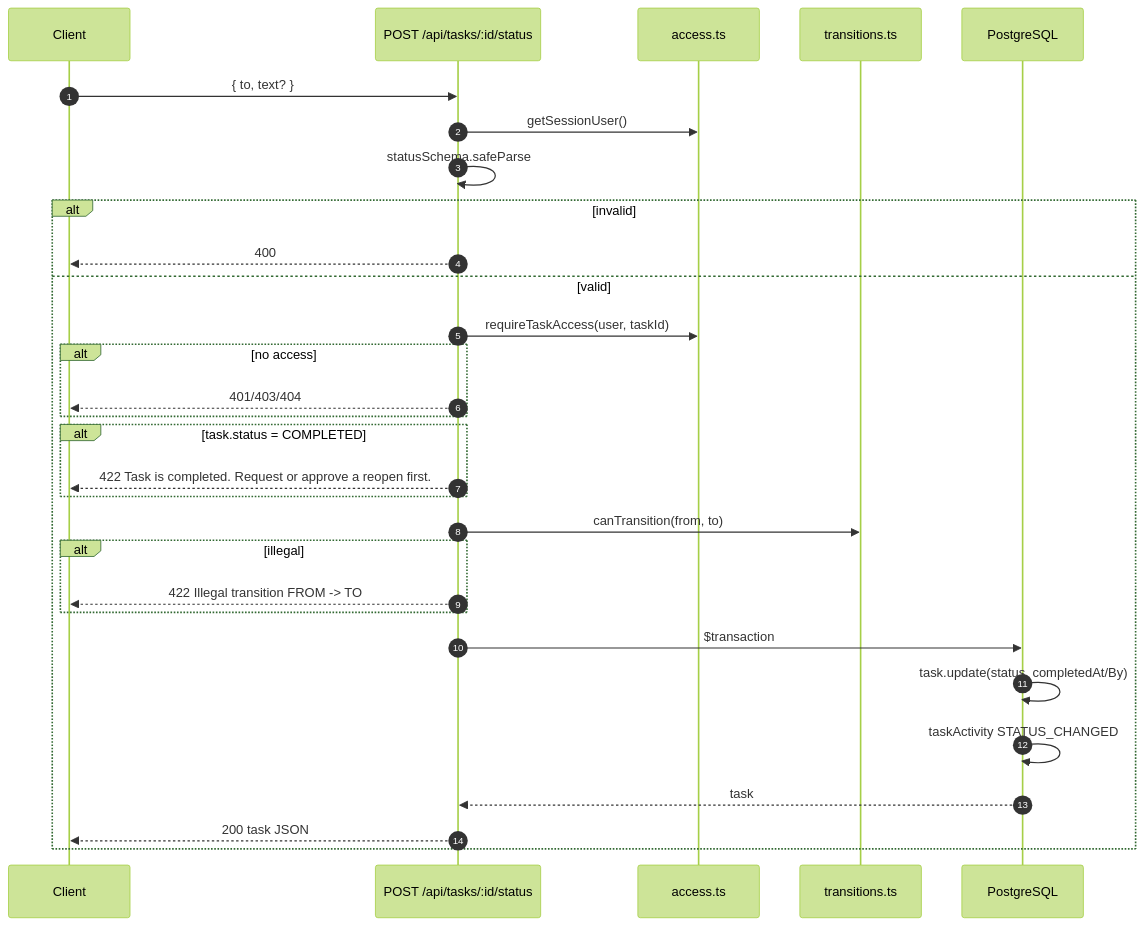
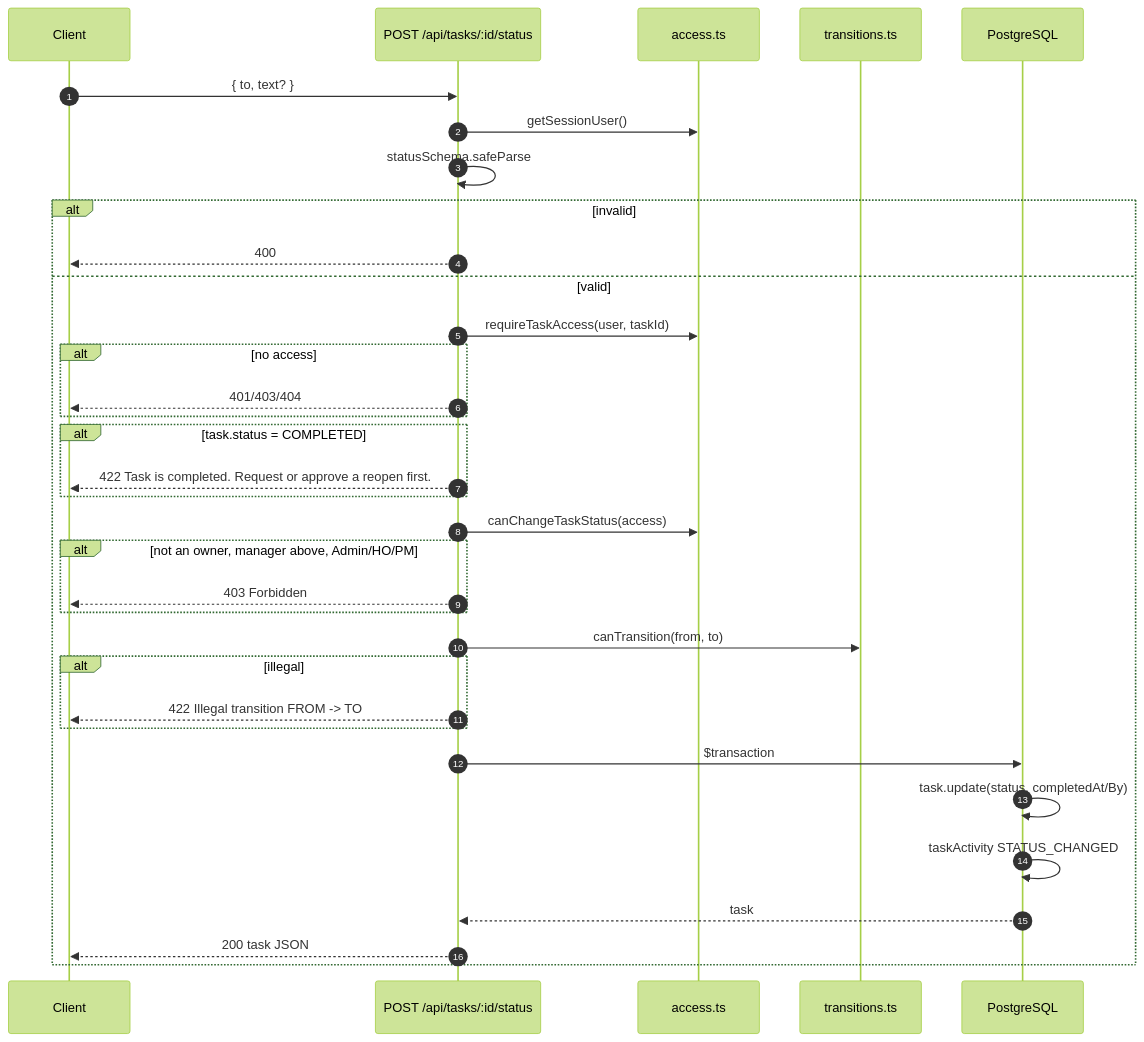
The eighth of 15 diagrams in docs/SEQUENCES.md (akash3114/Project_Site_Tracker), drawn with Mermaid (forest theme) before and after one commit. The commit also changed other lines of this file and 11 other files, not shown here.

````diff
--- a/docs/SEQUENCES.md
+++ b/docs/SEQUENCES.md
@@ -363,33 +466,37 @@
 ```mermaid
 sequenceDiagram
   autonumber
   participant C as Client
   participant R as POST /api/tasks/:id/status
   participant A as access.ts
   participant T as transitions.ts
   participant D as PostgreSQL
 
   C->>R: { to, text? }
   R->>A: getSessionUser()
   R->>R: statusSchema.safeParse
   alt invalid
     R-->>C: 400
   else valid
     R->>A: requireTaskAccess(user, taskId)
     alt no access
       R-->>C: 401/403/404
     end
     alt task.status = COMPLETED
       R-->>C: 422 Task is completed. Request or approve a reopen first.
     end
+    R->>A: canChangeTaskStatus(access)
+    alt not an owner, manager above, Admin/HO/PM
+      R-->>C: 403 Forbidden
+    end
     R->>T: canTransition(from, to)
     alt illegal
       R-->>C: 422 Illegal transition FROM -> TO
     end
     R->>D: $transaction
     D->>D: task.update(status, completedAt/By)
     D->>D: taskActivity STATUS_CHANGED
     D-->>R: task
     R-->>C: 200 task JSON
   end
 ```
````
